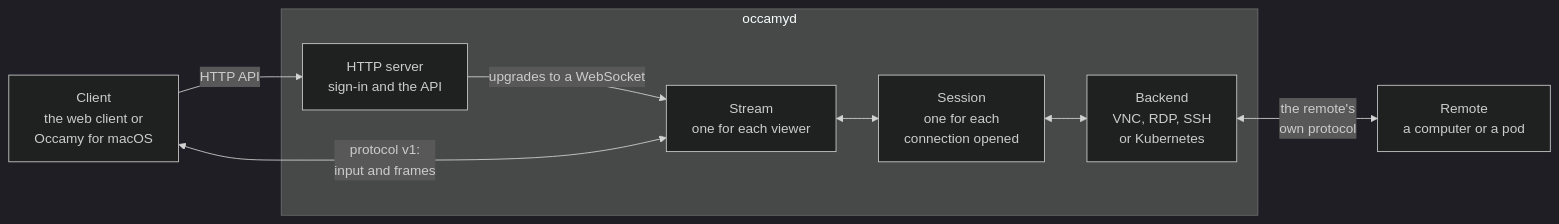
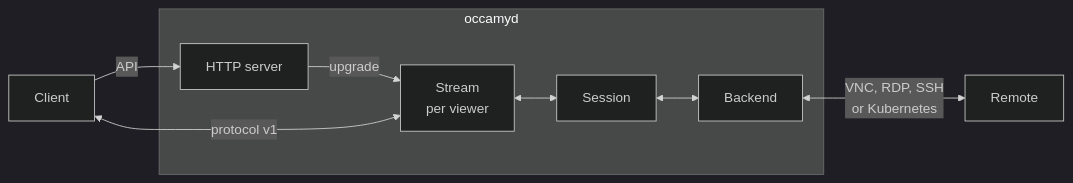
The first of 3 diagrams in docs/architecture.md (changkun/occamy), drawn with Mermaid (dark theme) before and after one commit. The commit also changed other lines of this file and 7 other files, not shown here.

First line of the commit message:
docs: lay the decision charts out left to right, and name the file occamy.yaml in the deploy figure

````diff
--- a/docs/architecture.md
+++ b/docs/architecture.md
@@ -18,17 +18,17 @@
 ```mermaid
 flowchart LR
-  client["Client<br>the web client or<br>Occamy for macOS"]
+  client["Client"]
   subgraph occamyd
-    http["HTTP server<br>sign-in and the API"]
-    stream["Stream<br>one for each viewer"]
-    session["Session<br>one for each<br>connection opened"]
-    backend["Backend<br>VNC, RDP, SSH<br>or Kubernetes"]
+    http["HTTP server"]
+    stream["Stream<br>per viewer"]
+    session["Session"]
+    backend["Backend"]
   end
-  remote["Remote<br>a computer or a pod"]
-  client -- "HTTP API" --> http
-  http -- "upgrades to a WebSocket" --> stream
-  client <-- "protocol v1:<br>input and frames" --> stream
+  remote["Remote"]
+  client -- "API" --> http
+  http -- "upgrade" --> stream
+  client <-- "protocol v1" --> stream
   stream <--> session
   session <--> backend
-  backend <-- "the remote's<br>own protocol" --> remote
+  backend <-- "VNC, RDP, SSH<br>or Kubernetes" --> remote
 ```
````
